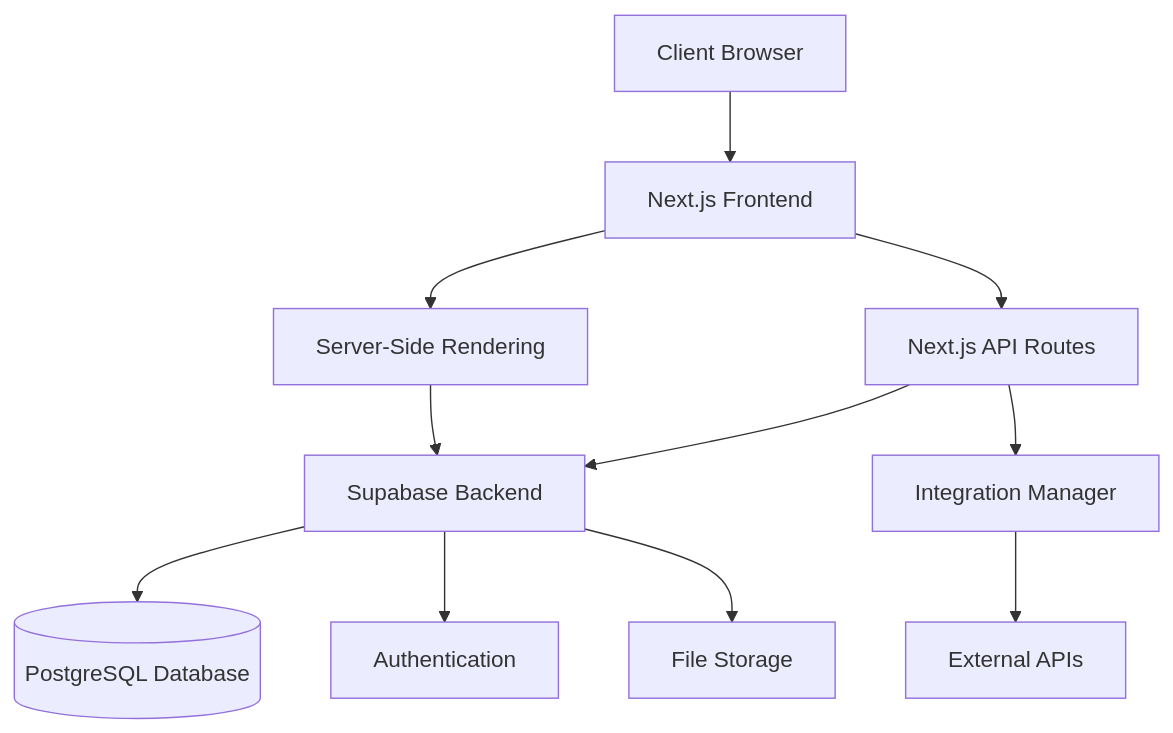
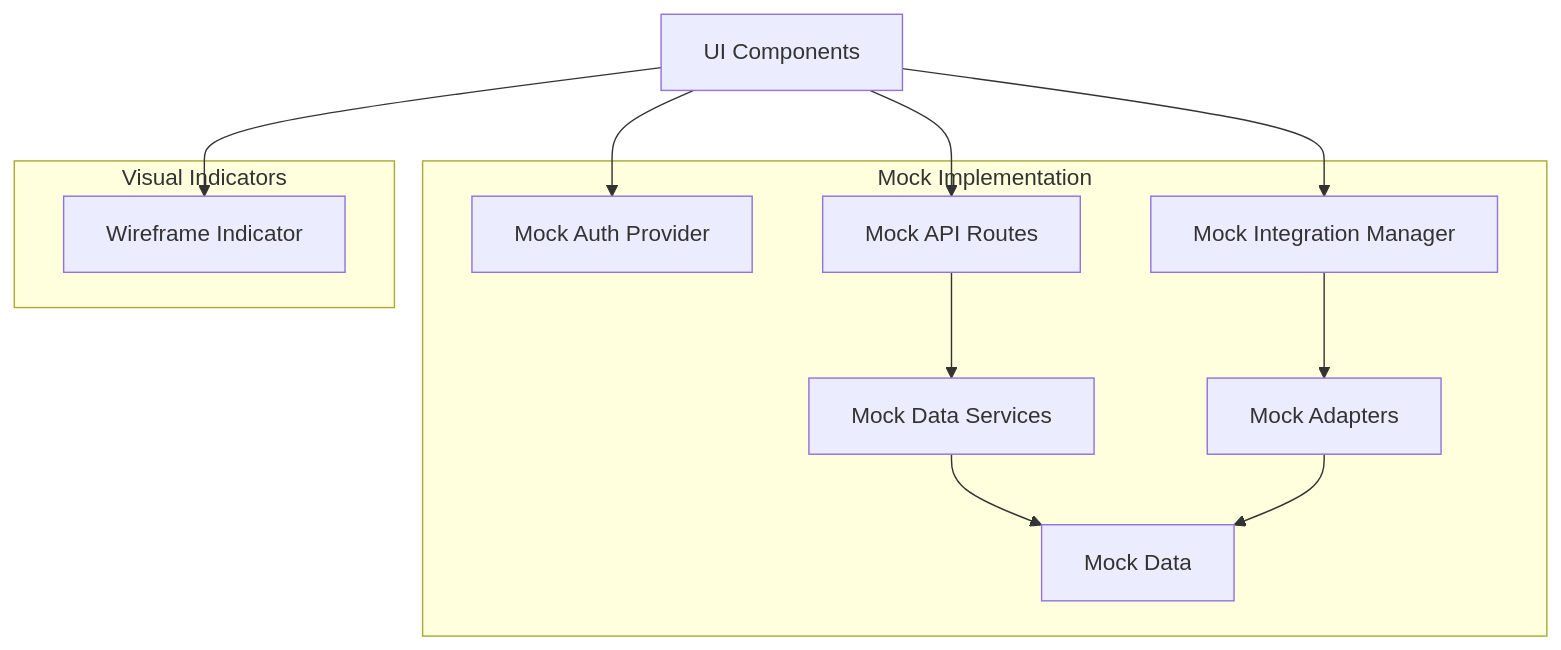
Before and after one commit to pikipupiba/FrontOfHouseProductions: the first of 4 diagrams in memory-bank/tasks/Investor-Ready-Wireframe-Conversion/wireframe_architecture.md, drawn with Mermaid. The commit also changed other lines of this file and 63 other files, not shown here.

````diff
--- a/memory-bank/tasks/Investor-Ready-Wireframe-Conversion/wireframe_architecture.md
+++ b/memory-bank/tasks/Investor-Ready-Wireframe-Conversion/wireframe_architecture.md
@@ -9,13 +9,27 @@
 ```mermaid
 flowchart TD
-    Client[Client Browser] --> NextJS[Next.js Frontend]
-    NextJS --> API[Next.js API Routes]
-    NextJS --> SSR[Server-Side Rendering]
-    API --> Supabase[Supabase Backend]
-    SSR --> Supabase
-    Supabase --> DB[(PostgreSQL Database)]
-    Supabase --> Auth[Authentication]
-    Supabase --> Storage[File Storage]
-    API --> IntManager[Integration Manager]
-    IntManager --> ExtAPIs[External APIs]
+    UI[UI Components] --> Auth[Mock Auth Provider]
+    UI --> API[Mock API Routes]
+    UI --> Integration[Mock Integration Manager]
+    
+    API --> DataServices[Mock Data Services]
+    Integration --> Adapters[Mock Adapters]
+    
+    DataServices --> MockData[Mock Data]
+    Adapters --> MockData
+    
+    subgraph "Mock Implementation"
+        Auth
+        API
+        Integration
+        DataServices
+        Adapters
+        MockData
+    end
+
+    subgraph "Visual Indicators"
+        Indicator[Wireframe Indicator]
+    end
+
+    UI --> Indicator
 ```
````
